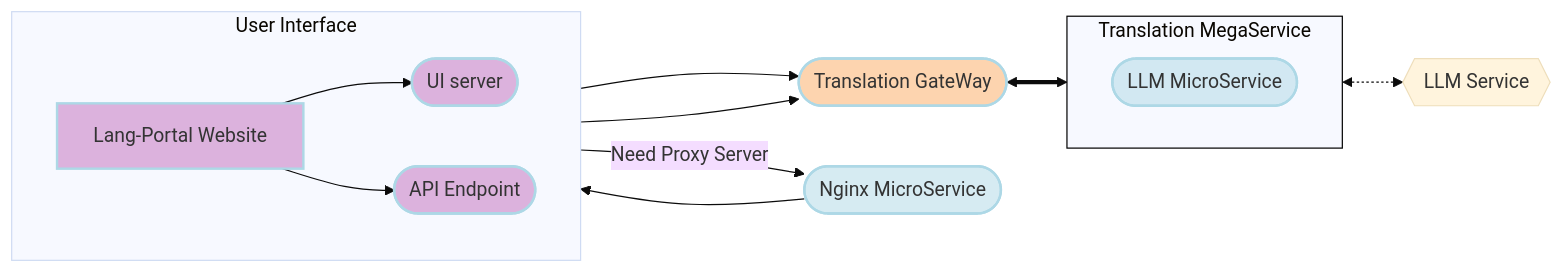
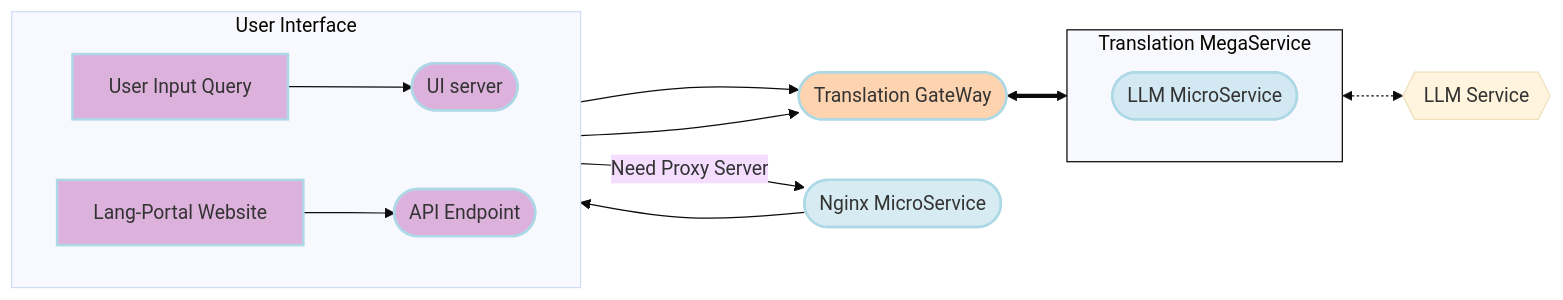
Before and after one commit to VCharrua/free-genai-bootcamp-2025: the diagram in opea-comps/mega-service/readme.md, drawn with Mermaid (base theme).

Commit message:
#26 Documentation Updates

````diff
--- a/opea-comps/mega-service/readme.md
+++ b/opea-comps/mega-service/readme.md
@@ -20,48 +20,48 @@
 ```mermaid
 flowchart LR
     %% Colors %%
     classDef blue fill:#ADD8E6,stroke:#ADD8E6,stroke-width:2px,fill-opacity:0.5
     classDef orange fill:#FBAA60,stroke:#ADD8E6,stroke-width:2px,fill-opacity:0.5
     classDef orchid fill:#C26DBC,stroke:#ADD8E6,stroke-width:2px,fill-opacity:0.5
     classDef invisible fill:transparent,stroke:transparent;
     style Translation-MegaService stroke:#000000
 
     %% Subgraphs %%
     subgraph Translation-MegaService["Translation MegaService "]
         direction LR
         LLM([LLM MicroService]):::blue
     end
     subgraph UserInterface[" User Interface "]
         direction LR
         a([User Input Query]):::orchid
         UI([UI server<br>]):::orchid
     end
     subgraph UserInterface[" Free GenAI Bootcamp 2025 UI "]
         direction LR
-        a([Lang-Portal Website]):::orchid
+        a2([Lang-Portal Website]):::orchid
         LP([API Endpoint<br>]):::orchid
     end
 
     LLM_gen{{LLM Service <br>}}
     GW([Translation GateWay<br>]):::orange
     NG([Nginx MicroService]):::blue
 
     %% Questions interaction
     direction LR
     a[User Input Query] --> UI
     a[User Input Query] --> |Need Proxy Server|NG
     NG --> UI
     UI --> GW
     GW <==> Translation-MegaService
 
 
     %% Integration interaction
     direction LR
-    a[Lang-Portal Website] --> LP
+    a2[Lang-Portal Website] --> LP
     LP --> GW
 
 
     %% Embedding service flow
     direction LR
     LLM <-.-> LLM_gen
 ```
````
